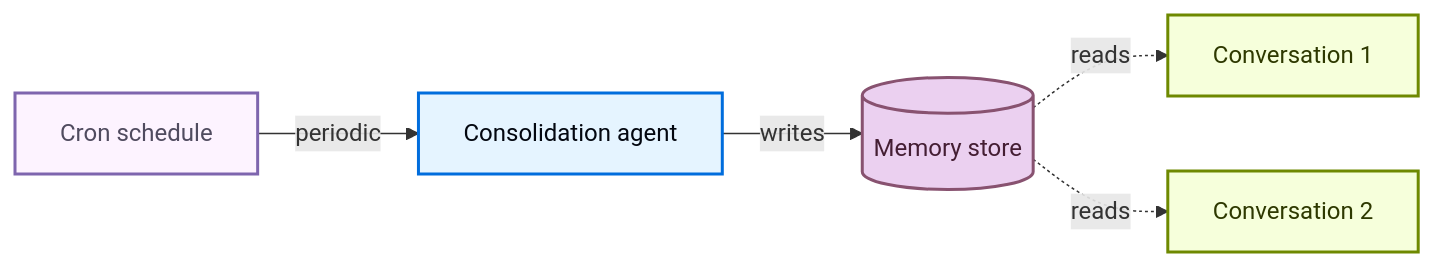
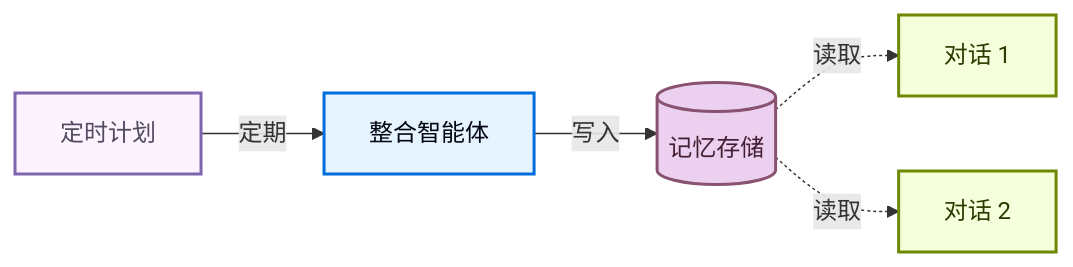
The diagram in oss/javascript/deepagents/memory.mdx (kunfan96/cndocs-langchain), drawn with Mermaid before and after one commit. The commit also changed other lines of this file and 2498 other files, not shown here.

````diff
--- a/oss/javascript/deepagents/memory.mdx
+++ b/oss/javascript/deepagents/memory.mdx
@@ -441,17 +408,17 @@
 ```mermaid
 graph LR
-    Store[(Memory store)] -.->|reads| Conv1[Conversation 1]
-    Store -.->|reads| Conv2[Conversation 2]
-    Cron[Cron schedule] -->|periodic| Agent[Consolidation agent]
-    Agent -->|writes| Store
+    Store[(记忆存储)] -.->|读取| Conv1[对话 1]
+    Store -.->|读取| Conv2[对话 2]
+    Cron[定时计划] -->|定期| Agent[整合智能体]
+    Agent -->|写入| Store
 
     classDef trigger fill:#F6FFDB,stroke:#6E8900,stroke-width:2px,color:#2E3900
     classDef process fill:#E5F4FF,stroke:#006DDD,stroke-width:2px,color:#030710
     classDef output fill:#EBD0F0,stroke:#885270,stroke-width:2px,color:#441E33
     classDef schedule fill:#FDF3FF,stroke:#7E65AE,stroke-width:2px,color:#504B5F
 
     class Conv1,Conv2 trigger
     class Agent process
     class Store output
     class Cron schedule
 ```
````
